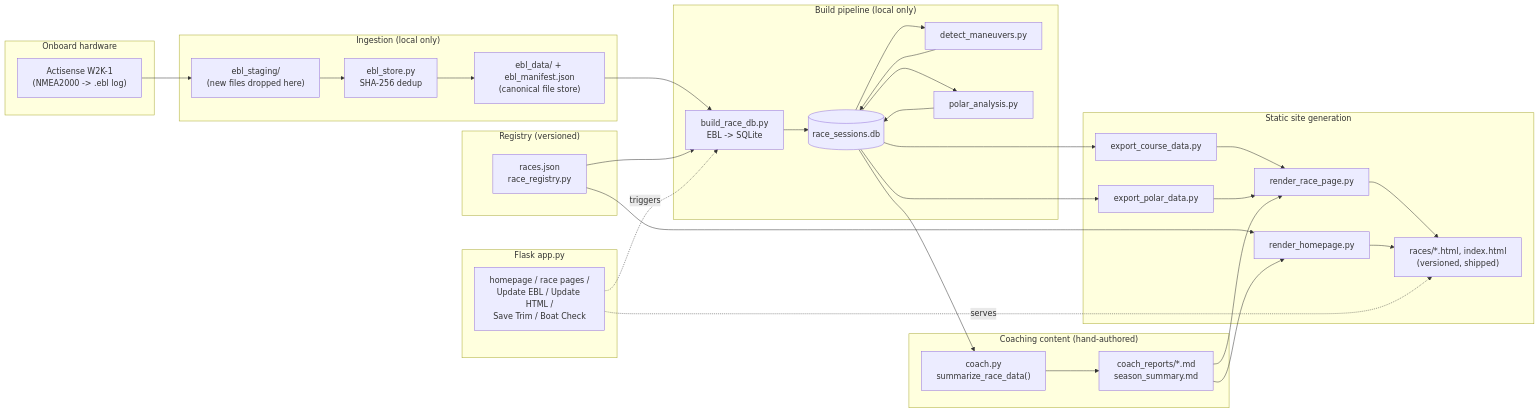
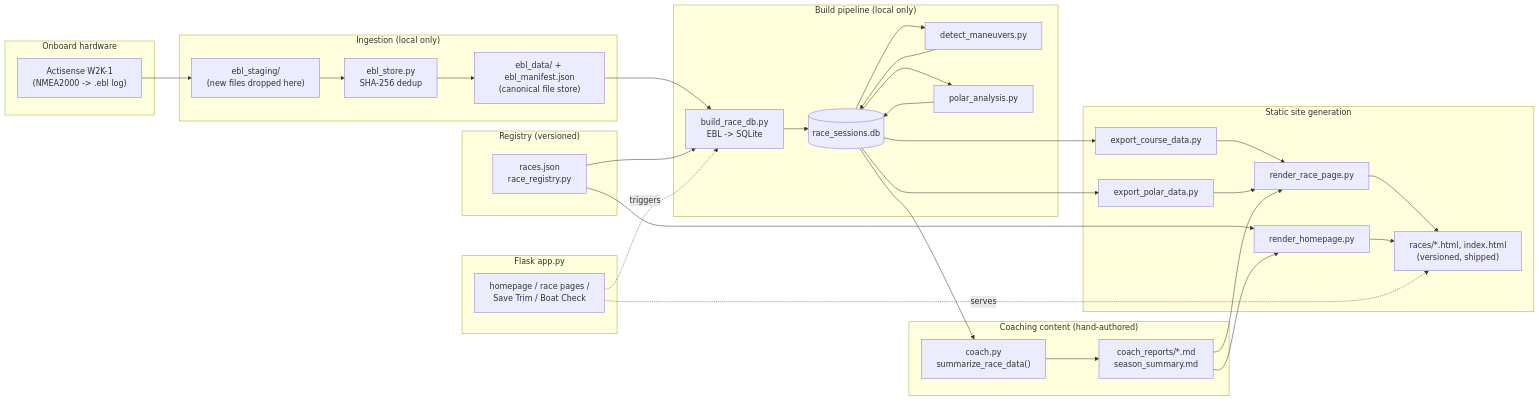
One commit to lindsaymcrory/Critical_Mass_Racing changed the diagram in ARCHITECTURE.md. Above: the diagram before and after it, drawn with Mermaid. The commit also changed other lines of this file and 3 other files, not shown here.

First line of the commit message:
Remove Update EBL and Update HTML from the web UI

````diff
--- a/ARCHITECTURE.md
+++ b/ARCHITECTURE.md
@@ -11,55 +11,55 @@
 ```mermaid
 flowchart LR
     subgraph Source["Onboard hardware"]
         W2K["Actisense W2K-1\n(NMEA2000 -> .ebl log)"]
     end
 
     subgraph Ingest["Ingestion (local only)"]
         Stage["ebl_staging/\n(new files dropped here)"]
         Store["ebl_store.py\nSHA-256 dedup"]
         Data["ebl_data/ + ebl_manifest.json\n(canonical file store)"]
     end
 
     subgraph Registry["Registry (versioned)"]
         Races["races.json\nrace_registry.py"]
     end
 
     subgraph Pipeline["Build pipeline (local only)"]
         Build["build_race_db.py\nEBL -> SQLite"]
         DB[("race_sessions.db")]
         Maneuvers["detect_maneuvers.py"]
         Polar["polar_analysis.py"]
     end
 
     subgraph Coaching["Coaching content (hand-authored)"]
         CoachPy["coach.py\nsummarize_race_data()"]
         Reports["coach_reports/*.md\nseason_summary.md"]
     end
 
     subgraph Render["Static site generation"]
         ExportC["export_course_data.py"]
         ExportP["export_polar_data.py"]
         RenderRace["render_race_page.py"]
         RenderHome["render_homepage.py"]
         Site["races/*.html, index.html\n(versioned, shipped)"]
     end
 
     subgraph App["Flask app.py"]
-        Routes["homepage / race pages /\nUpdate EBL / Update HTML /\nSave Trim / Boat Check"]
+        Routes["homepage / race pages /\nSave Trim / Boat Check"]
     end
 
     W2K --> Stage --> Store --> Data
     Data --> Build
     Races --> Build
     Build --> DB
     DB --> Maneuvers --> DB
     DB --> Polar --> DB
     DB --> CoachPy --> Reports
     DB --> ExportC & ExportP
     ExportC & ExportP --> RenderRace
     Races --> RenderHome
     Reports --> RenderRace & RenderHome
     RenderRace & RenderHome --> Site
     Routes -.serves.-> Site
     Routes -.triggers.-> Build
 ```
````
